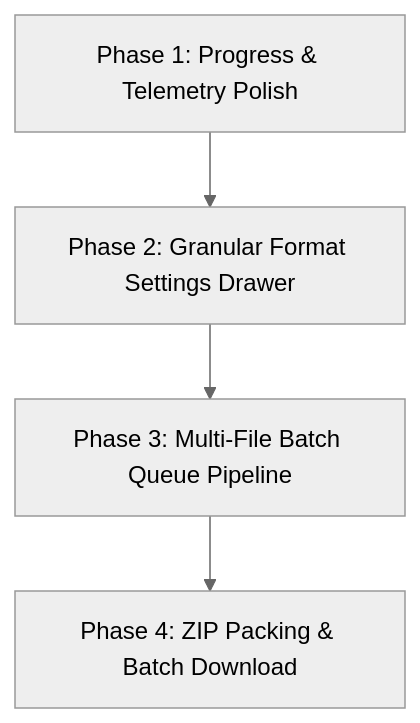
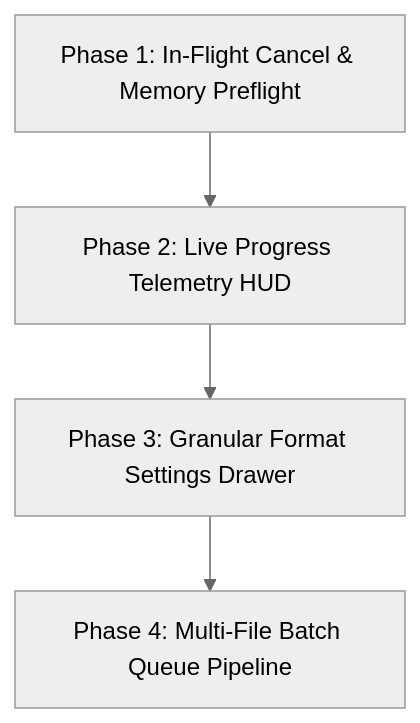
The diagram in PLAN.md (elyxis777/verto), drawn with Mermaid (neutral theme) before and after one commit. The commit also changed other lines of this file and 1 other file, not shown here.

Commit message:
docs: update PLAN.md with in-flight cancellation and 2GB WASM memory preflight guardrails

````diff
--- a/PLAN.md
+++ b/PLAN.md
@@ -63,6 +67,6 @@
 ```mermaid
 flowchart TD
-    P1[Phase 1: Progress & Telemetry Polish] --> P2[Phase 2: Granular Format Settings Drawer]
-    P2 --> P3[Phase 3: Multi-File Batch Queue Pipeline]
-    P3 --> P4[Phase 4: ZIP Packing & Batch Download]
+    P1[Phase 1: In-Flight Cancel & Memory Preflight] --> P2[Phase 2: Live Progress Telemetry HUD]
+    P2 --> P3[Phase 3: Granular Format Settings Drawer]
+    P3 --> P4[Phase 4: Multi-File Batch Queue Pipeline]
 ```
````
